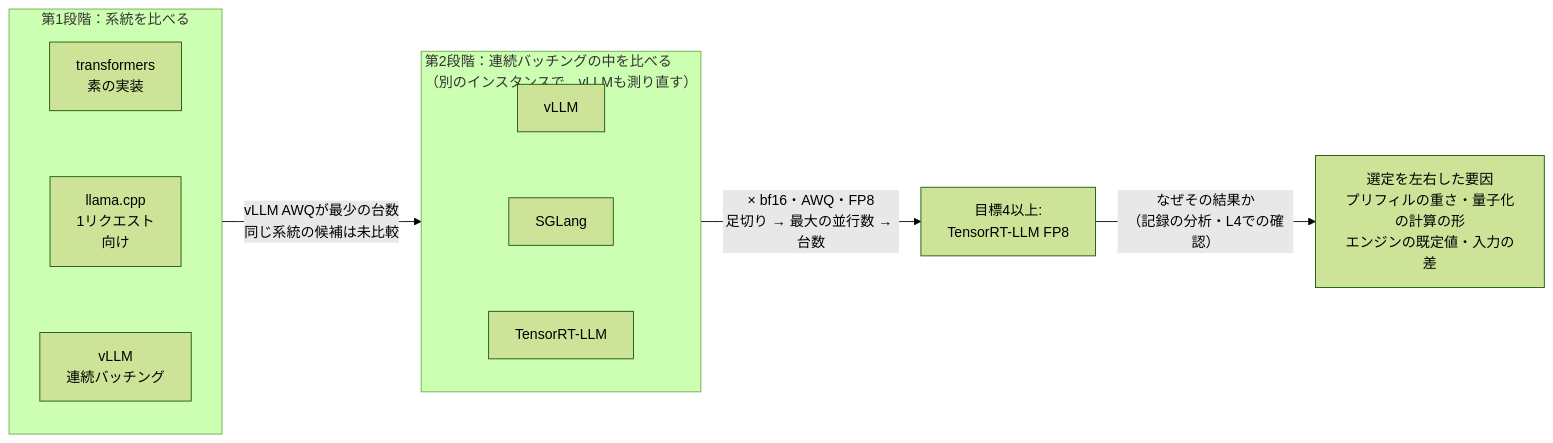
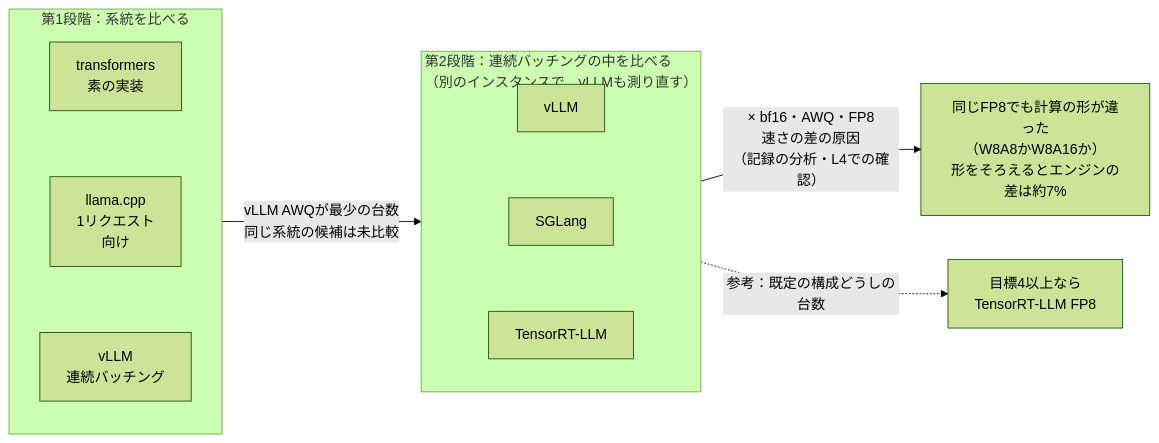
The diagram in README.md (yuya0408/toolcall-serving-bench), drawn with Mermaid (forest theme) before and after one commit. The commit also changed other lines of this file and 3 other files, not shown here.

First line of the commit message:
READMEを書き直す：FP8の形の確認を図に、選定を参考の位置づけに、限界と判定をフォーマットに合わせて縮める

````diff
--- a/README.md
+++ b/README.md
@@ -10,20 +10,20 @@
 ```mermaid
 flowchart LR
     subgraph S1["第1段階：系統を比べる"]
         direction TB
         T["transformers<br/>素の実装"]
         L["llama.cpp<br/>1リクエスト<br/>向け"]
         V1["vLLM<br/>連続バッチング"]
         T ~~~ L ~~~ V1
     end
     subgraph S2["第2段階：連続バッチングの中を比べる<br/>（別のインスタンスで、vLLMも測り直す）"]
         direction TB
         V2["vLLM"]
         SG["SGLang"]
         TR["TensorRT-LLM"]
         V2 ~~~ SG ~~~ TR
     end
     S1 -->|"vLLM AWQが最少の台数<br/>同じ系統の候補は未比較"| S2
-    S2 -->|"× bf16・AWQ・FP8<br/>足切り → 最大の並行数 → 台数"| D["目標4以上:<br/>TensorRT-LLM FP8"]
-    D -->|"なぜその結果か<br/>（記録の分析・L4での確認）"| K["選定を左右した要因<br/>プリフィルの重さ・量子化の計算の形<br/>エンジンの既定値・入力の差"]
+    S2 -->|"× bf16・AWQ・FP8<br/>速さの差の原因<br/>（記録の分析・L4での確認）"| K["同じFP8でも計算の形が違った<br/>（W8A8かW8A16か）<br/>形をそろえるとエンジンの差は約7%"]
+    S2 -.->|"参考：既定の構成どうしの台数"| D["目標4以上なら<br/>TensorRT-LLM FP8"]
 ```
````
